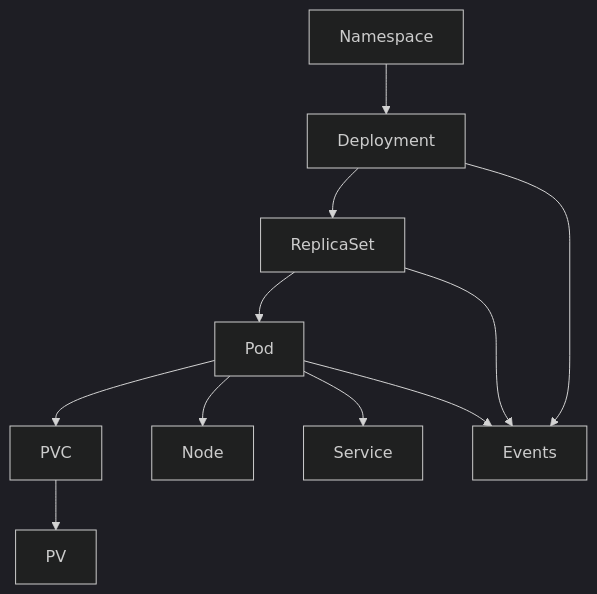
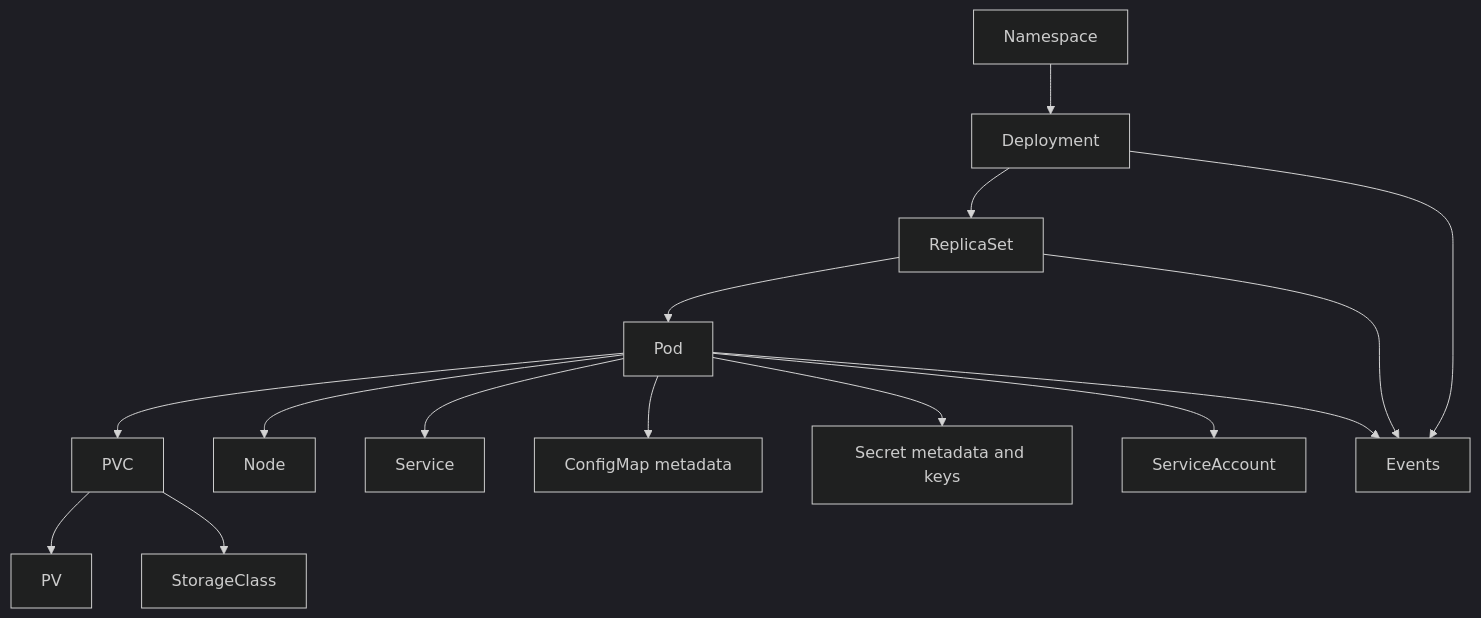
Before and after one commit to Stacked-Nerds/ktrace: the second of 2 diagrams in docs/Architecture.md, drawn with Mermaid (dark theme). The commit also changed other lines of this file and 60 other files, not shown here.

````diff
--- a/docs/Architecture.md
+++ b/docs/Architecture.md
@@ -58,13 +66,17 @@
 ```mermaid
 flowchart TD
     Deploy[Deployment] --> RS[ReplicaSet]
     RS --> Pod[Pod]
     Pod --> PVC[PVC]
     PVC --> PV[PV]
     Pod --> Node[Node]
     Pod --> Svc[Service]
+    Pod --> CM[ConfigMap metadata]
+    Pod --> Secret[Secret metadata and keys]
+    Pod --> SA[ServiceAccount]
+    PVC --> SC[StorageClass]
     Deploy --> Events[Events]
     RS --> Events
     Pod --> Events
     NS[Namespace] --> Deploy
 ```
````
